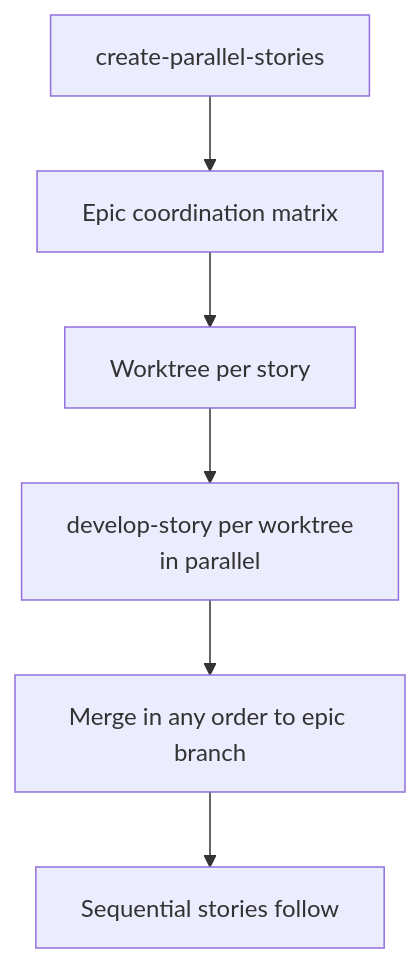
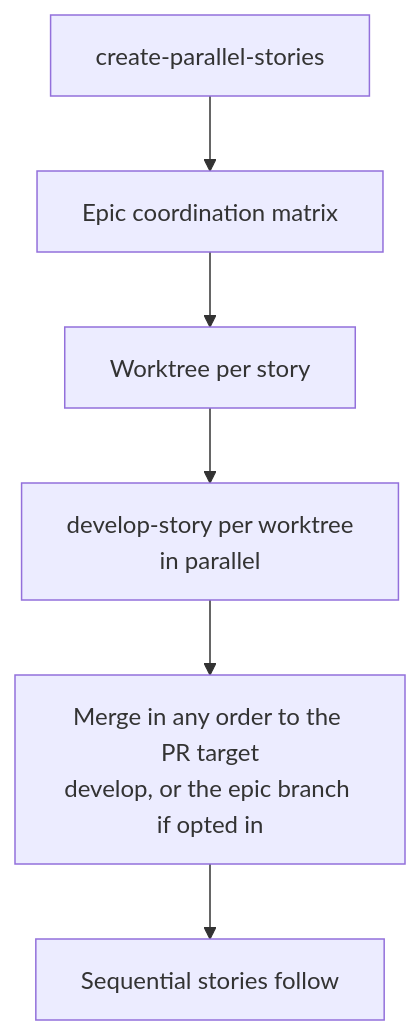
The diagram in docs/runbooks/create-parallel-stories.md (Gamaroff/agent-skills), drawn with Mermaid before and after one commit. The commit also changed other lines of this file and 10 other files, not shown here.

````diff
--- a/docs/runbooks/create-parallel-stories.md
+++ b/docs/runbooks/create-parallel-stories.md
@@ -36,8 +36,8 @@
 ```mermaid
 flowchart TD
     A[create-parallel-stories] --> B[Epic coordination matrix]
     B --> C[Worktree per story]
     C --> D[develop-story per worktree<br/>in parallel]
-    D --> E[Merge in any order to epic branch]
+    D --> E[Merge in any order to the PR target<br/>develop, or the epic branch if opted in]
     E --> F[Sequential stories follow]
 ```
````
